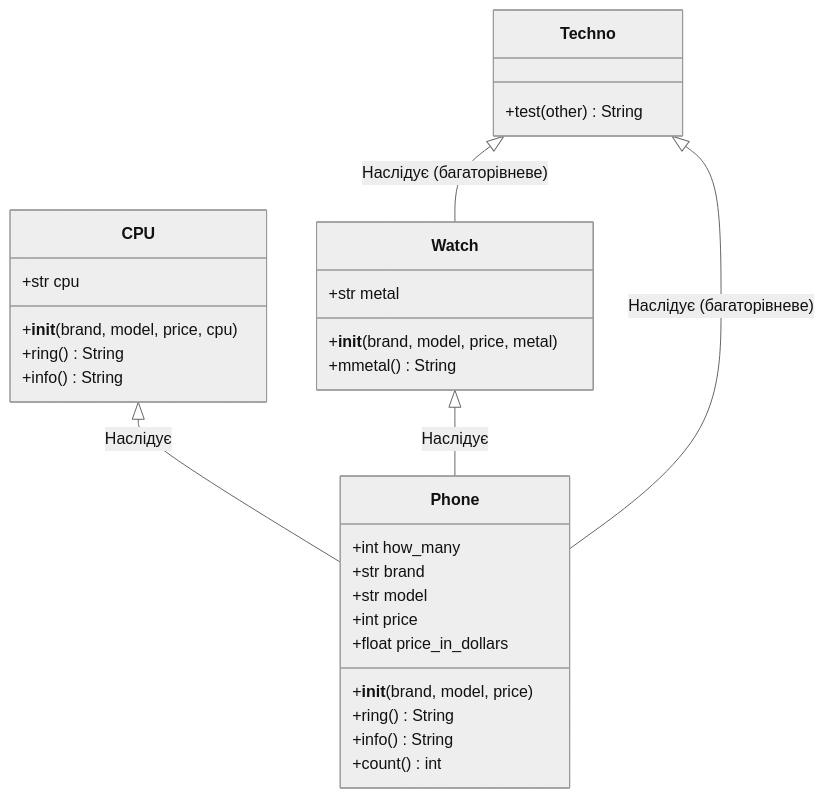
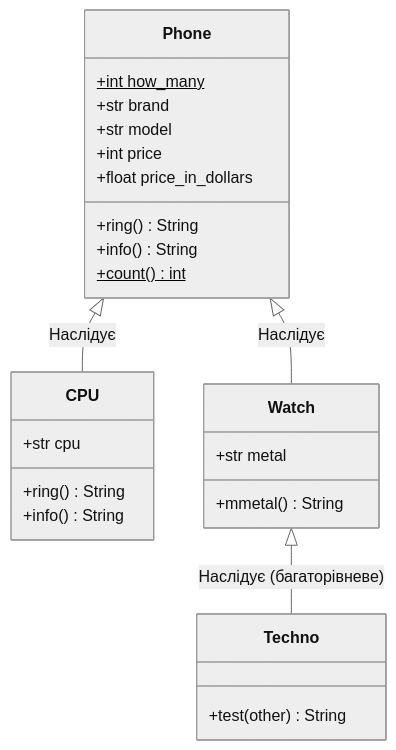
Before and after one commit to Anaziiii/top-kh-2026: the diagram in anastasiia-kava/lab8/lab8.md, drawn with Mermaid (neutral theme). The commit also changed other lines of this file and 7 other files, not shown here.

````diff
--- a/anastasiia-kava/lab8/lab8.md
+++ b/anastasiia-kava/lab8/lab8.md
@@ -24,33 +27,29 @@
 ```mermaid
 classDiagram
     class Phone {
-        +int how_many
+        +int how_many$
         +str brand
         +str model
         +int price
         +float price_in_dollars
-        +__init__(brand, model, price)
         +ring() String
         +info() String
-        +count() int
+        +count() int$
     }
     class CPU {
         +str cpu
-        +__init__(brand, model, price, cpu)
         +ring() String
         +info() String
     }
     class Watch {
         +str metal
-        +__init__(brand, model, price, metal)
         +mmetal() String
     }
     class Techno {
         +test(other) String
     }
 
-    CPU <|-- Phone : Наслідує
-    Watch <|-- Phone : Наслідує
-    Techno <|-- Watch : Наслідує (багаторівневе)
-    Techno <|-- Phone : Наслідує (багаторівневе)
+    Phone <|-- CPU : Наслідує
+    Phone <|-- Watch : Наслідує
+    Watch <|-- Techno : Наслідує (багаторівневе)
 ```
````
